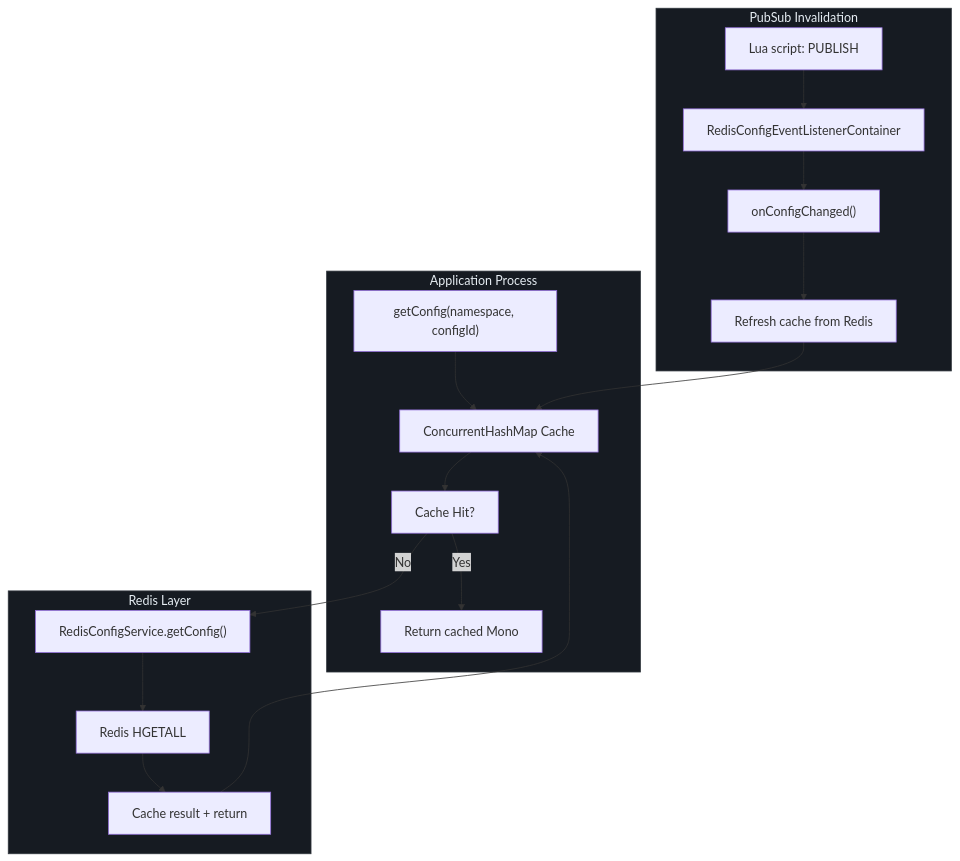
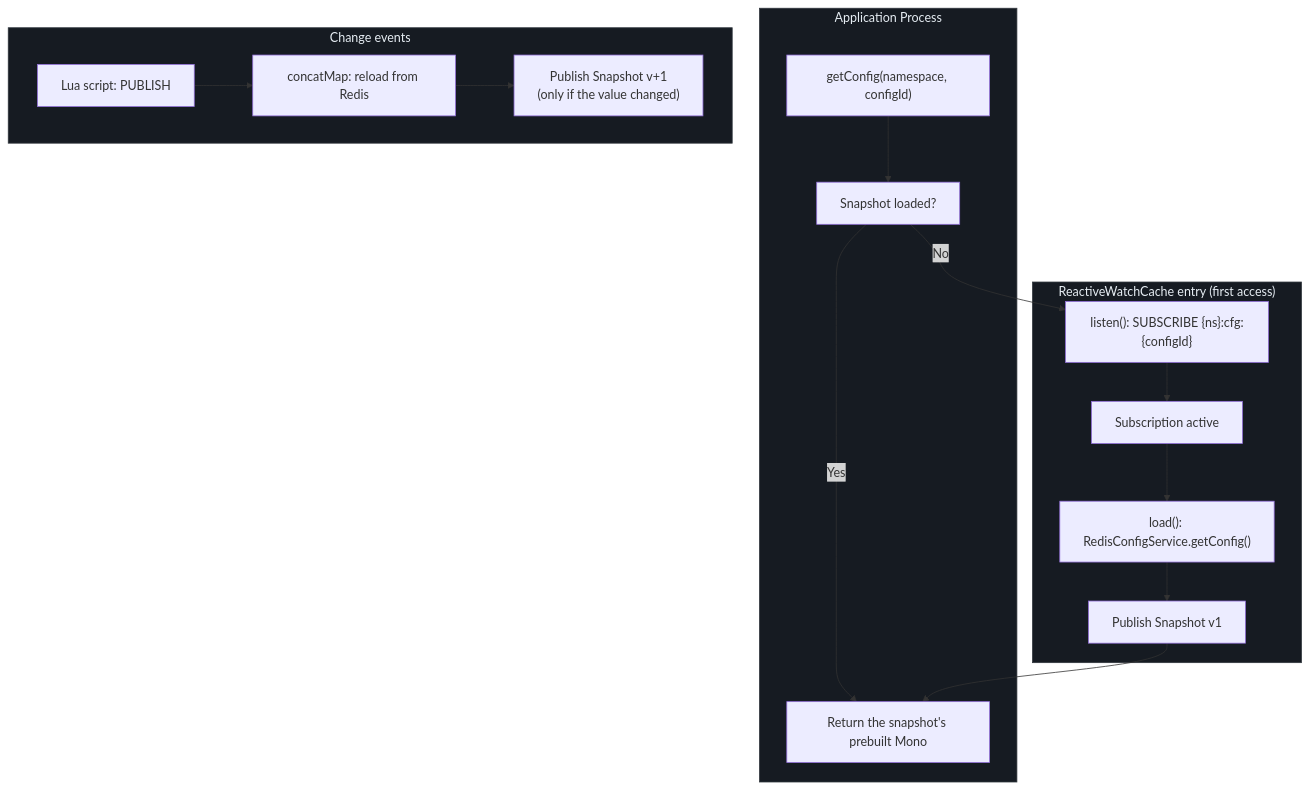
The first of 7 diagrams in wiki/guide/config-consistency.md (Ahoo-Wang/CoSky), drawn with Mermaid before and after one commit. The commit also changed other lines of this file and 35 other files, not shown here.

````diff
--- a/wiki/guide/config-consistency.md
+++ b/wiki/guide/config-consistency.md
@@ -45,31 +48,29 @@
 ```mermaid
 flowchart TD
     subgraph app["Application Process"]
         style app fill:#161b22,stroke:#30363d,color:#e6edf3
         A["getConfig(namespace, configId)"]
-        B["ConcurrentHashMap Cache"]
-        C["Cache Hit?"]
-        D["Return cached Mono"]
+        B["Snapshot loaded?"]
+        D["Return the snapshot's prebuilt Mono"]
     end
 
-    subgraph delegate["Redis Layer"]
-        style delegate fill:#161b22,stroke:#30363d,color:#e6edf3
-        E["RedisConfigService.getConfig()"]
-        F["Redis HGETALL"]
-        G["Cache result + return"]
+    subgraph watch["ReactiveWatchCache entry (first access)"]
+        style watch fill:#161b22,stroke:#30363d,color:#e6edf3
+        E["listen(): SUBSCRIBE {ns}:cfg:{configId}"]
+        F["Subscription active"]
+        G["load(): RedisConfigService.getConfig()"]
+        H["Publish Snapshot v1"]
     end
 
-    subgraph invalidation["PubSub Invalidation"]
-        style invalidation fill:#161b22,stroke:#30363d,color:#e6edf3
-        H["Lua script: PUBLISH"]
-        I["RedisConfigEventListenerContainer"]
-        J["onConfigChanged()"]
-        K["Refresh cache from Redis"]
+    subgraph events["Change events"]
+        style events fill:#161b22,stroke:#30363d,color:#e6edf3
+        I["Lua script: PUBLISH"]
+        J["concatMap: reload from Redis"]
+        K["Publish Snapshot v+1<br>(only if the value changed)"]
     end
 
-    A --> B --> C
-    C -->|Yes| D
-    C -->|No| E --> F --> G
-    G --> B
-    H --> I --> J --> K --> B
+    A --> B
+    B -->|Yes| D
+    B -->|No| E --> F --> G --> H --> D
+    I --> J --> K
 ```
````
